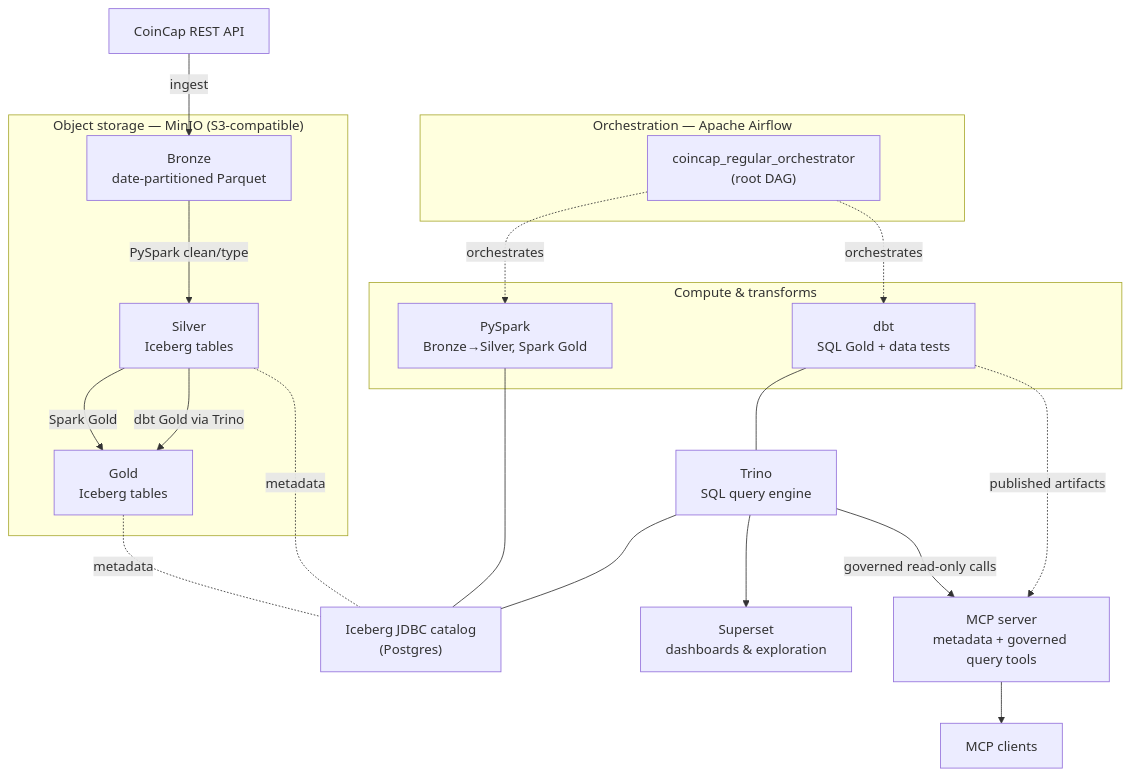
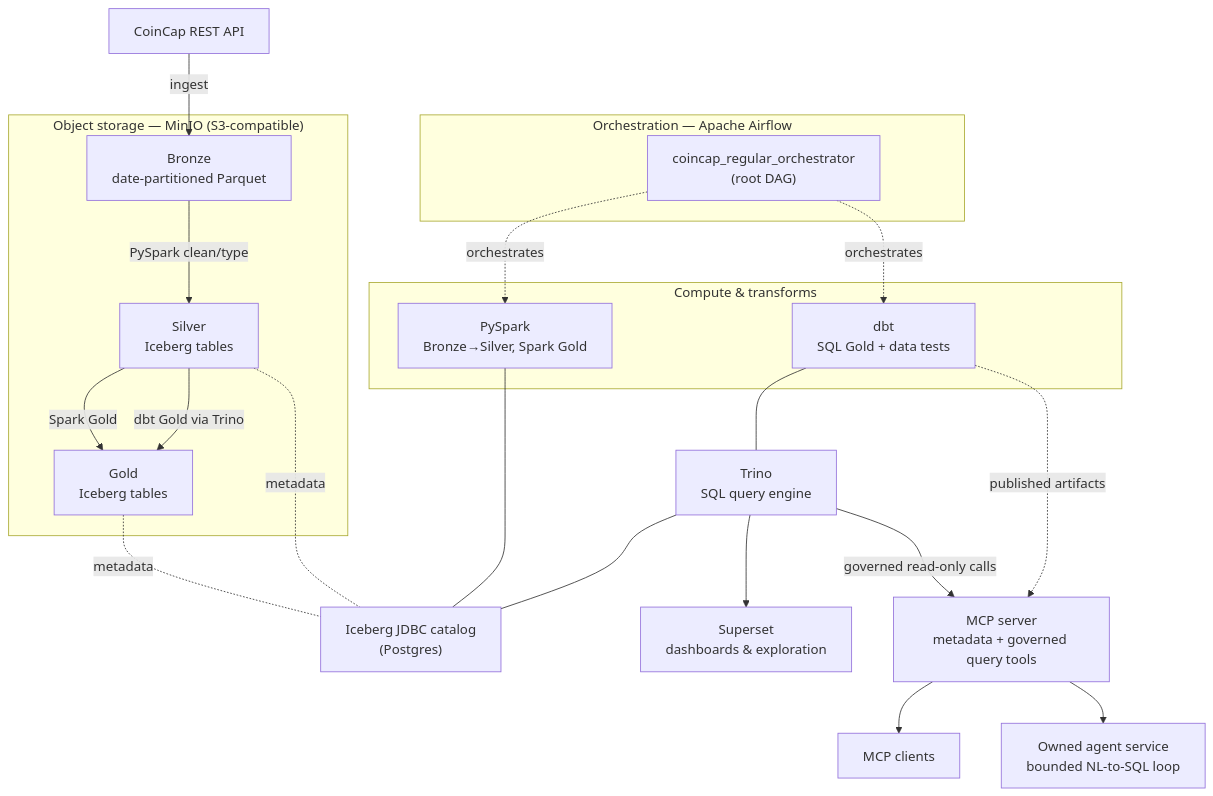
One commit to gekaluck/Data_eng_mvp changed the diagram in README.md. Above: the diagram before and after it, drawn with Mermaid. The commit also changed other lines of this file and 25 other files, not shown here.

Commit message:
feat(ai): add bounded natural-language agent loop

````diff
--- a/README.md
+++ b/README.md
@@ -24,42 +24,44 @@
 ```mermaid
 flowchart TB
     API["CoinCap REST API"]
 
     subgraph ORCH["Orchestration — Apache Airflow"]
         ROOT["coincap_regular_orchestrator<br/>(root DAG)"]
     end
 
     subgraph STORAGE["Object storage — MinIO (S3-compatible)"]
         BRONZE["Bronze<br/>date-partitioned Parquet"]
         SILVER["Silver<br/>Iceberg tables"]
         GOLD["Gold<br/>Iceberg tables"]
     end
 
     CATALOG["Iceberg JDBC catalog<br/>(Postgres)"]
 
     subgraph COMPUTE["Compute & transforms"]
         SPARK["PySpark<br/>Bronze→Silver, Spark Gold"]
         DBT["dbt<br/>SQL Gold + data tests"]
     end
 
     TRINO["Trino<br/>SQL query engine"]
     SUPERSET["Superset<br/>dashboards & exploration"]
     MCP["MCP server<br/>metadata + governed query tools"]
+    AGENT["Owned agent service<br/>bounded NL-to-SQL loop"]
     MCPCLIENT["MCP clients"]
 
     API -->|ingest| BRONZE
     ROOT -.orchestrates.-> SPARK
     ROOT -.orchestrates.-> DBT
     BRONZE -->|PySpark clean/type| SILVER
     SILVER -->|Spark Gold| GOLD
     SILVER -->|dbt Gold via Trino| GOLD
     SPARK --- CATALOG
     DBT --- TRINO
     TRINO --- CATALOG
     TRINO --> SUPERSET
     TRINO -->|governed read-only calls| MCP
     DBT -.published artifacts.-> MCP
     MCP --> MCPCLIENT
+    MCP --> AGENT
     SILVER -.metadata.- CATALOG
     GOLD -.metadata.- CATALOG
 ```
````
